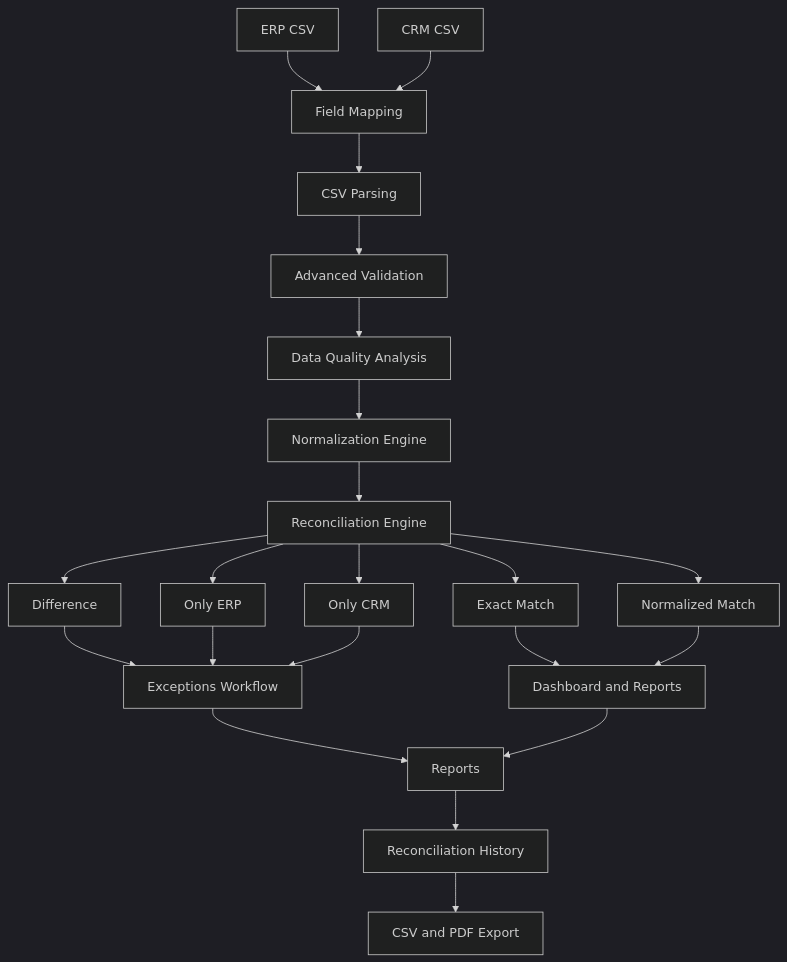
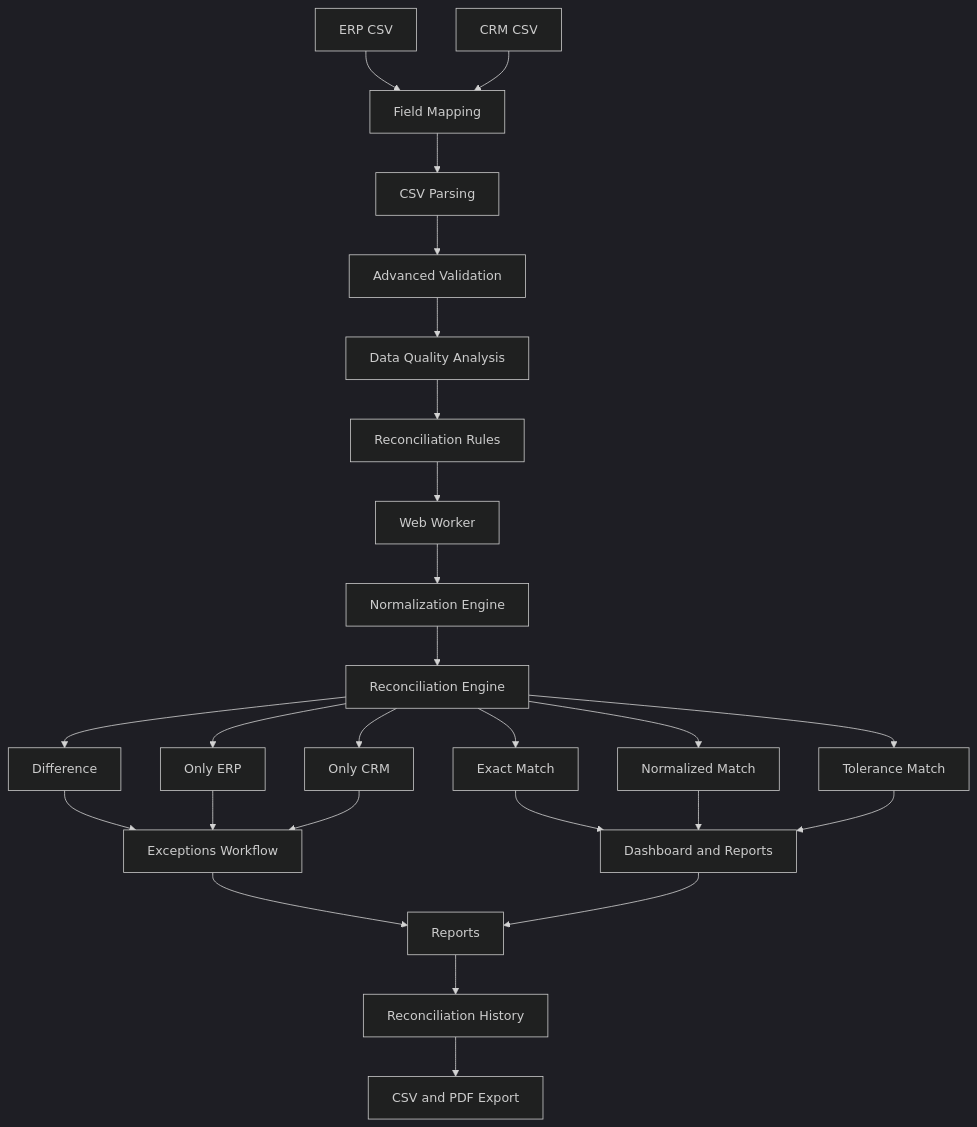
One commit to Osarii/enterprise-data-reconciliation changed the diagram in README.md. Above: the diagram before and after it, drawn with Mermaid (dark theme). The commit also changed other lines of this file, not shown here.

````diff
--- a/README.md
+++ b/README.md
@@ -177,30 +266,34 @@
 ```mermaid
 flowchart TD
     ERP["ERP CSV"] --> MAP["Field Mapping"]
     CRM["CRM CSV"] --> MAP
 
     MAP --> PARSE["CSV Parsing"]
     PARSE --> VALIDATE["Advanced Validation"]
     VALIDATE --> QUALITY["Data Quality Analysis"]
-    QUALITY --> NORMALIZE["Normalization Engine"]
+    QUALITY --> RULES["Reconciliation Rules"]
+    RULES --> WORKER["Web Worker"]
+    WORKER --> NORMALIZE["Normalization Engine"]
     NORMALIZE --> ENGINE["Reconciliation Engine"]
 
     ENGINE --> EXACT["Exact Match"]
     ENGINE --> NORMALIZED["Normalized Match"]
+    ENGINE --> TOLERANCE["Tolerance Match"]
     ENGINE --> DIFFERENCE["Difference"]
     ENGINE --> ERPONLY["Only ERP"]
     ENGINE --> CRMONLY["Only CRM"]
 
     EXACT --> DASHBOARD["Dashboard and Reports"]
     NORMALIZED --> DASHBOARD
+    TOLERANCE --> DASHBOARD
 
     DIFFERENCE --> EXCEPTIONS["Exceptions Workflow"]
     ERPONLY --> EXCEPTIONS
     CRMONLY --> EXCEPTIONS
 
     EXCEPTIONS --> REPORTS["Reports"]
     DASHBOARD --> REPORTS
 
     REPORTS --> HISTORY["Reconciliation History"]
     HISTORY --> EXPORT["CSV and PDF Export"]
 ```
````
